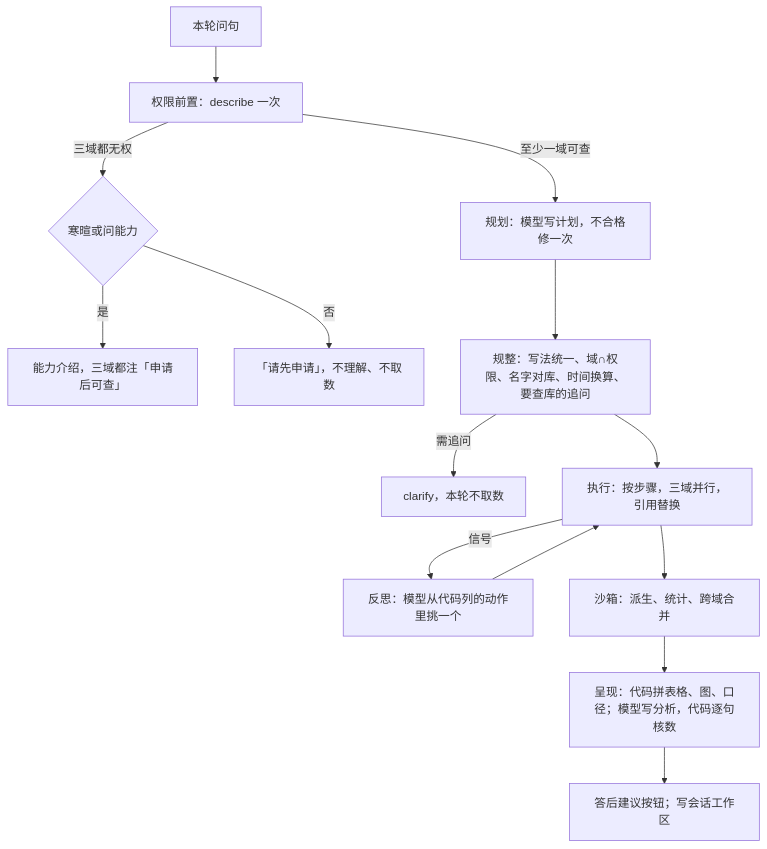
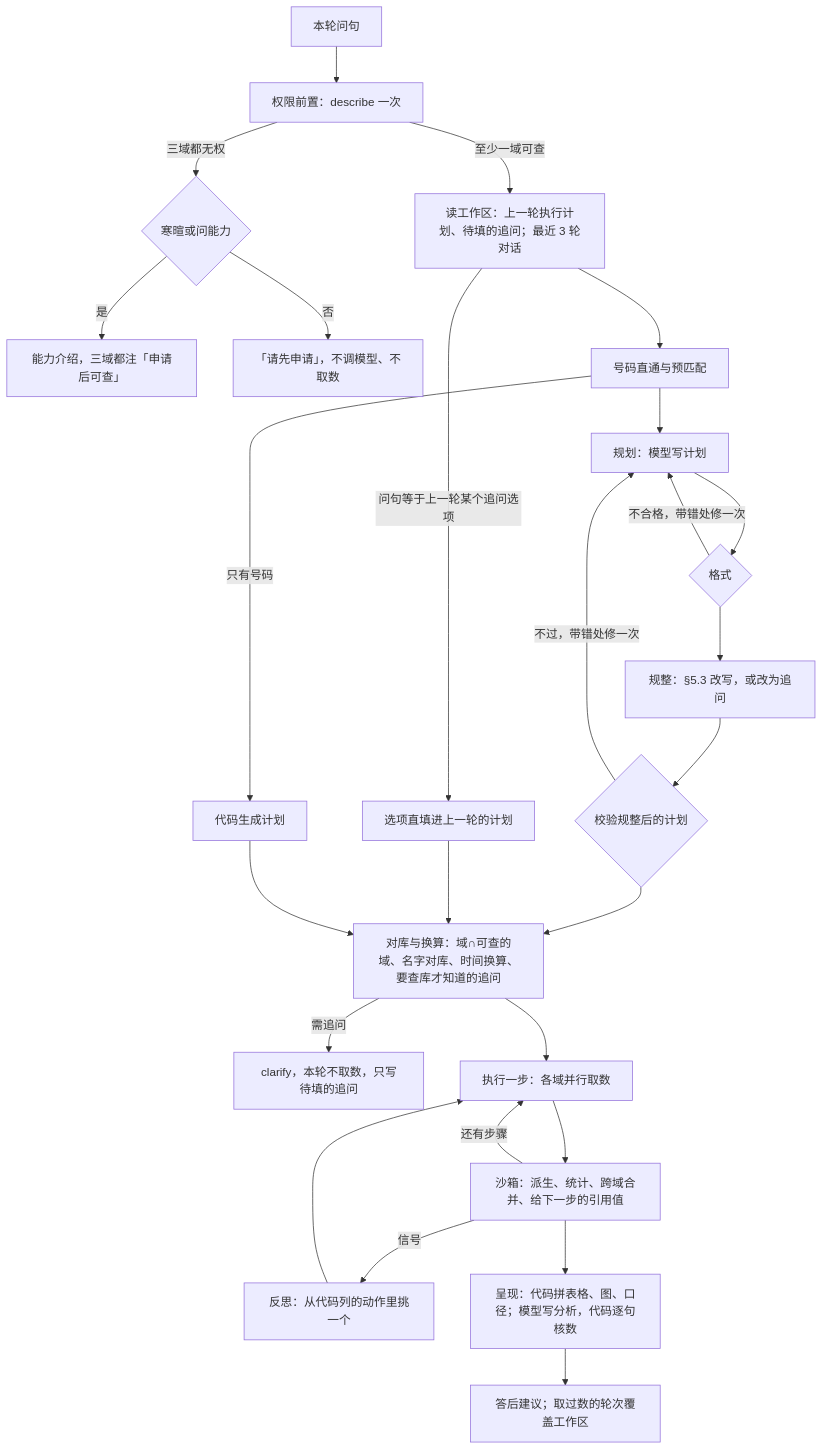
Before and after one commit to wujushan/FactoryIssue: the diagram in docs/decisions/2026-10-27-模块技术设计.md, drawn with Mermaid. The commit also changed other lines of this file and 19 other files, not shown here.

````diff
--- a/docs/decisions/2026-10-27-模块技术设计.md
+++ b/docs/decisions/2026-10-27-模块技术设计.md
@@ -22,16 +22,28 @@
 ```mermaid
 flowchart TD
   A[本轮问句] --> G[权限前置：describe 一次]
   G -->|三域都无权| G0{寒暄或问能力}
   G0 -->|是| I0[能力介绍，三域都注「申请后可查」]
-  G0 -->|否| D0[「请先申请」，不理解、不取数]
-  G -->|至少一域可查| P[规划：模型写计划，不合格修一次]
-  P --> N[规整：写法统一、域∩权限、名字对库、时间换算、要查库的追问]
-  N -->|需追问| C[clarify，本轮不取数]
-  N --> X[执行：按步骤，三域并行，引用替换]
-  X -->|信号| R[反思：模型从代码列的动作里挑一个]
+  G0 -->|否| D0[「请先申请」，不调模型、不取数]
+  G -->|至少一域可查| W[读工作区：上一轮执行计划、待填的追问；最近 3 轮对话]
+  W -->|问句等于上一轮某个追问选项| F[选项直填进上一轮的计划]
+  W --> M[号码直通与预匹配]
+  M -->|只有号码| Z[代码生成计划]
+  M --> P[规划：模型写计划]
+  P --> Q{格式}
+  Q -->|不合格，带错处修一次| P
+  Q --> N1[规整：§5.3 改写，或改为追问]
+  N1 --> K{校验规整后的计划}
+  K -->|不过，带错处修一次| P
+  K --> N2[对库与换算：域∩可查的域、名字对库、时间换算、要查库才知道的追问]
+  F --> N2
+  Z --> N2
+  N2 -->|需追问| C[clarify，本轮不取数，只写待填的追问]
+  N2 --> X[执行一步：各域并行取数]
+  X --> S[沙箱：派生、统计、跨域合并、给下一步的引用值]
+  S -->|信号| R[反思：从代码列的动作里挑一个]
   R --> X
-  X --> S[沙箱：派生、统计、跨域合并]
+  S -->|还有步骤| X
   S --> V[呈现：代码拼表格、图、口径；模型写分析，代码逐句核数]
-  V --> U[答后建议按钮；写会话工作区]
+  V --> U[答后建议；取过数的轮次覆盖工作区]
 ```
````
